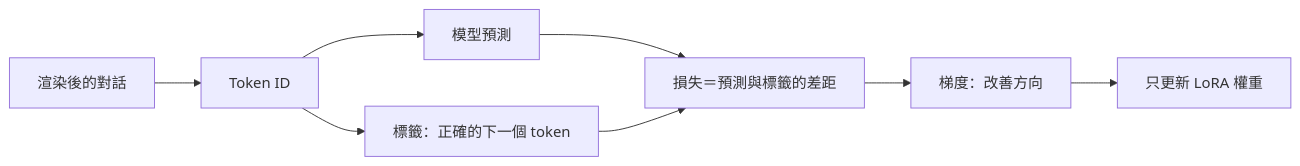
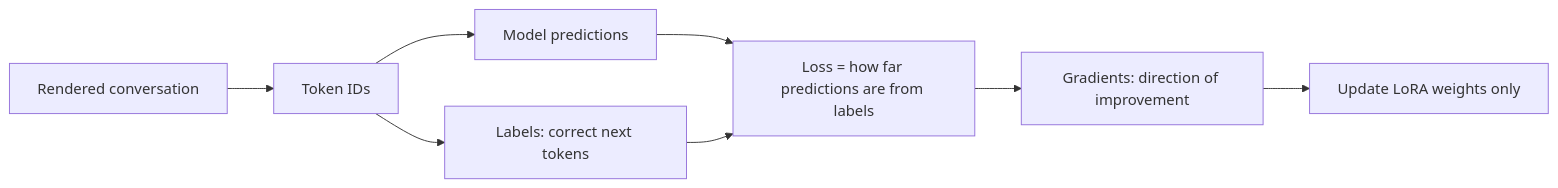
The fourth of 13 diagrams in README.zh-Hant.md (cw1997/fine-tuning-playground), drawn with Mermaid before and after one commit. The commit also changed other lines of this file and 1 other file, not shown here.

````diff
--- a/README.zh-Hant.md
+++ b/README.zh-Hant.md
@@ -169,10 +178,10 @@
 ```mermaid
 flowchart LR
-    A["渲染後的對話"] --> B["Token ID"]
-    B --> C["模型預測"]
-    B --> D["標籤：正確的下一個 token"]
-    C --> E["損失＝預測與標籤的差距"]
+    A["Rendered conversation"] --> B["Token IDs"]
+    B --> C["Model predictions"]
+    B --> D["Labels: correct next tokens"]
+    C --> E["Loss = how far predictions are from labels"]
     D --> E
-    E --> F["梯度：改善方向"]
-    F --> G["只更新 LoRA 權重"]
+    E --> F["Gradients: direction of improvement"]
+    F --> G["Update LoRA weights only"]
 ```
````
